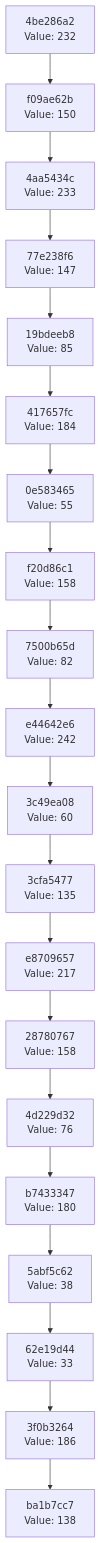
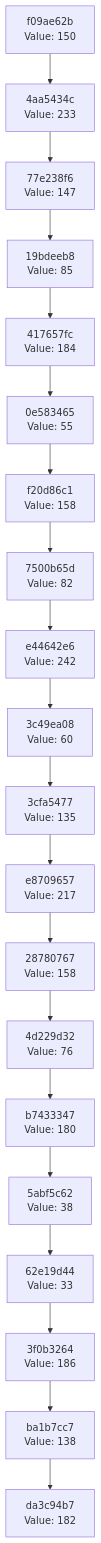
Before and after one commit to Abhisheksinha1506/hash-chain-evolver: the diagram in docs/CHAIN_VISUALIZATION.md, drawn with Mermaid. The commit also changed 3 other files, not shown here.

````diff
--- a/docs/CHAIN_VISUALIZATION.md
+++ b/docs/CHAIN_VISUALIZATION.md
@@ -3,42 +3,42 @@
 ```mermaid
 graph TD
-    C0["ba1b7cc7<br/>Value: 138"]
-    C1["3f0b3264<br/>Value: 186"]
+    C0["da3c94b7<br/>Value: 182"]
+    C1["ba1b7cc7<br/>Value: 138"]
     C1 --> C0
-    C2["62e19d44<br/>Value: 33"]
+    C2["3f0b3264<br/>Value: 186"]
     C2 --> C1
-    C3["5abf5c62<br/>Value: 38"]
+    C3["62e19d44<br/>Value: 33"]
     C3 --> C2
-    C4["b7433347<br/>Value: 180"]
+    C4["5abf5c62<br/>Value: 38"]
     C4 --> C3
-    C5["4d229d32<br/>Value: 76"]
+    C5["b7433347<br/>Value: 180"]
     C5 --> C4
-    C6["28780767<br/>Value: 158"]
+    C6["4d229d32<br/>Value: 76"]
     C6 --> C5
-    C7["e8709657<br/>Value: 217"]
+    C7["28780767<br/>Value: 158"]
     C7 --> C6
-    C8["3cfa5477<br/>Value: 135"]
+    C8["e8709657<br/>Value: 217"]
     C8 --> C7
-    C9["3c49ea08<br/>Value: 60"]
+    C9["3cfa5477<br/>Value: 135"]
     C9 --> C8
-    C10["e44642e6<br/>Value: 242"]
+    C10["3c49ea08<br/>Value: 60"]
     C10 --> C9
-    C11["7500b65d<br/>Value: 82"]
+    C11["e44642e6<br/>Value: 242"]
     C11 --> C10
-    C12["f20d86c1<br/>Value: 158"]
+    C12["7500b65d<br/>Value: 82"]
     C12 --> C11
-    C13["0e583465<br/>Value: 55"]
+    C13["f20d86c1<br/>Value: 158"]
     C13 --> C12
-    C14["417657fc<br/>Value: 184"]
+    C14["0e583465<br/>Value: 55"]
     C14 --> C13
-    C15["19bdeeb8<br/>Value: 85"]
+    C15["417657fc<br/>Value: 184"]
     C15 --> C14
-    C16["77e238f6<br/>Value: 147"]
+    C16["19bdeeb8<br/>Value: 85"]
     C16 --> C15
-    C17["4aa5434c<br/>Value: 233"]
+    C17["77e238f6<br/>Value: 147"]
     C17 --> C16
-    C18["f09ae62b<br/>Value: 150"]
+    C18["4aa5434c<br/>Value: 233"]
     C18 --> C17
-    C19["4be286a2<br/>Value: 232"]
+    C19["f09ae62b<br/>Value: 150"]
     C19 --> C18
 ```
````
